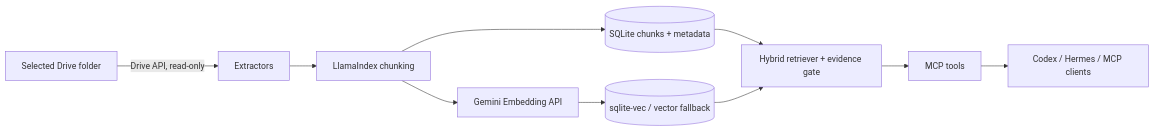
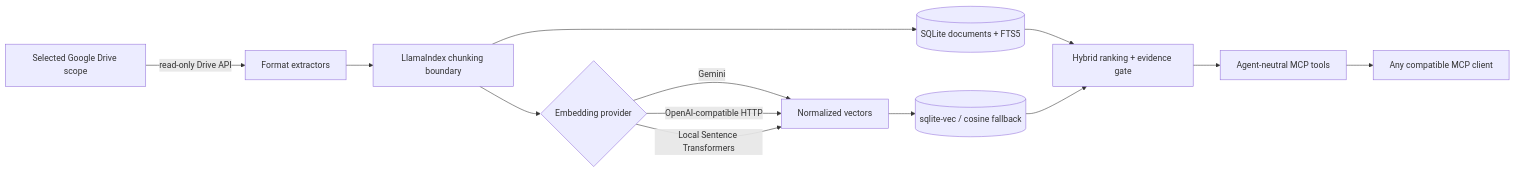
The diagram in README.md (phamviet86/gdrive-rag-mcp), drawn with Mermaid before and after one commit. The commit also changed other lines of this file and 18 other files, not shown here.

First line of the commit message:
Add multilingual, multi-provider, agent-neutral support

````diff
--- a/README.md
+++ b/README.md
@@ -30,12 +35,15 @@
 ```mermaid
 flowchart LR
-    D[Selected Drive folder] -->|Drive API, read-only| X[Extractors]
-    X --> L[LlamaIndex chunking]
-    L --> G[Gemini Embedding API]
-    L --> S[(SQLite chunks + metadata)]
-    G --> V[(sqlite-vec / vector fallback)]
-    S --> R[Hybrid retriever + evidence gate]
-    V --> R
-    R --> M[MCP tools]
-    M --> C[Codex / Hermes / MCP clients]
+    D[Selected Google Drive scope] -->|read-only Drive API| X[Format extractors]
+    X --> L[LlamaIndex chunking boundary]
+    L --> E{Embedding provider}
+    E -->|Gemini| V[Normalized vectors]
+    E -->|OpenAI-compatible HTTP| V
+    E -->|Local Sentence Transformers| V
+    L --> S[(SQLite documents + FTS5)]
+    V --> Q[(sqlite-vec / cosine fallback)]
+    S --> R[Hybrid ranking + evidence gate]
+    Q --> R
+    R --> M[Agent-neutral MCP tools]
+    M --> A[Any compatible MCP client]
 ```
````
